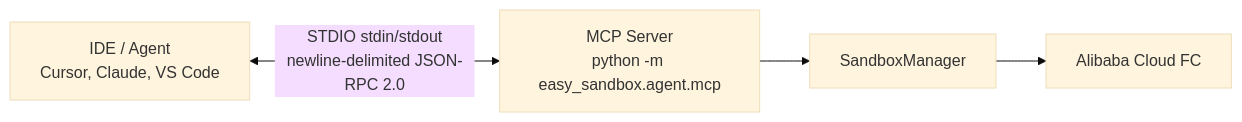
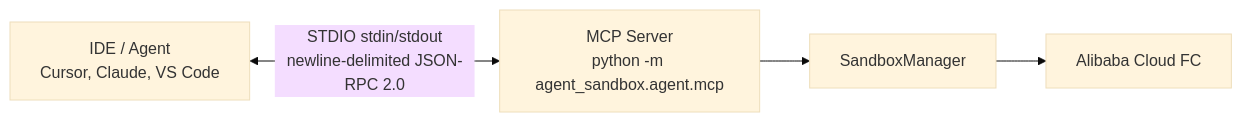
One commit to Alibaba-Agent-Sandbox/python-sdk changed the third of 6 diagrams in docs/en/design/mcp-server.md. Above: the diagram before and after it, drawn with Mermaid (base theme). The commit also changed other lines of this file and 819 other files, not shown here.

Commit message:
Publish the Agent Sandbox Python SDK: one endpoint table, one policy engine, and the runtime client.

````diff
--- a/docs/en/design/mcp-server.md
+++ b/docs/en/design/mcp-server.md
@@ -256,6 +256,6 @@
 ```mermaid
 graph LR
-    IDE["IDE / Agent<br/>Cursor, Claude, VS Code"] <-->|"STDIO stdin/stdout<br/>newline-delimited JSON-RPC 2.0"| MCP["MCP Server<br/>python -m easy_sandbox.agent.mcp"]
+    IDE["IDE / Agent<br/>Cursor, Claude, VS Code"] <-->|"STDIO stdin/stdout<br/>newline-delimited JSON-RPC 2.0"| MCP["MCP Server<br/>python -m agent_sandbox.agent.mcp"]
     MCP --> SM[SandboxManager]
     SM --> FC[Alibaba Cloud FC]
 ```
````
